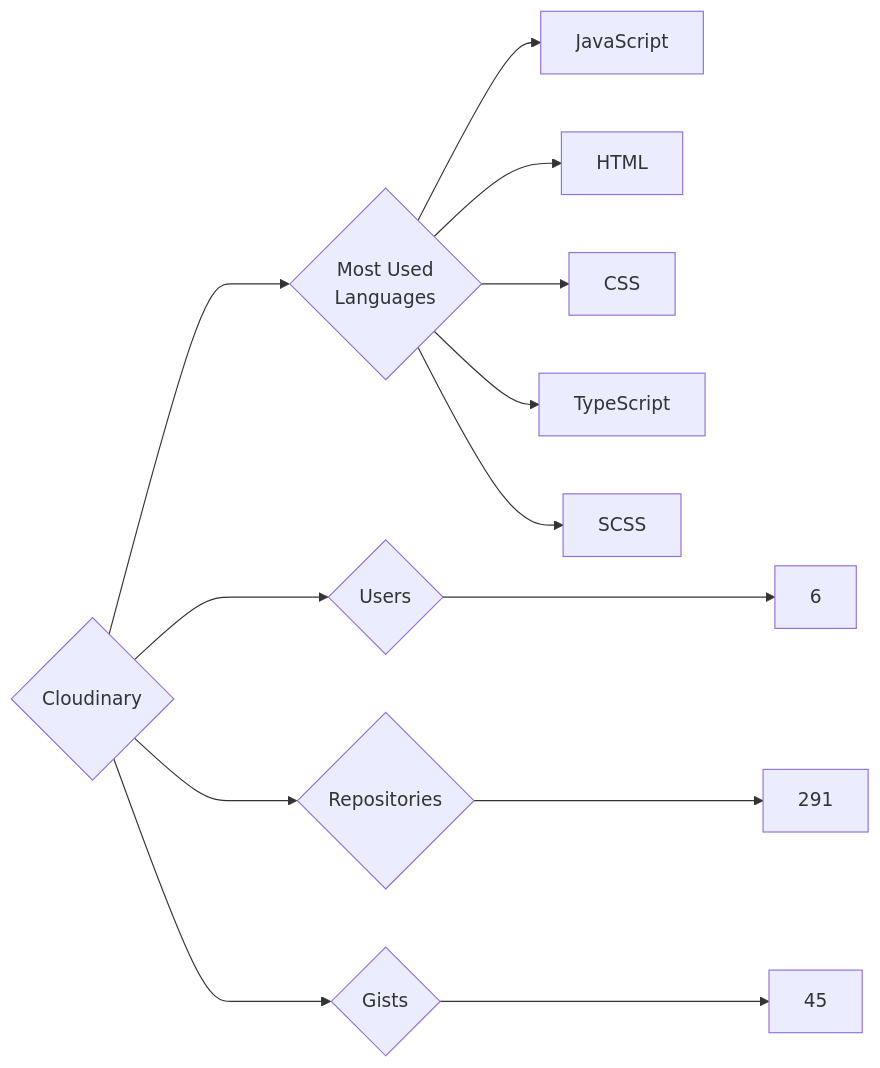
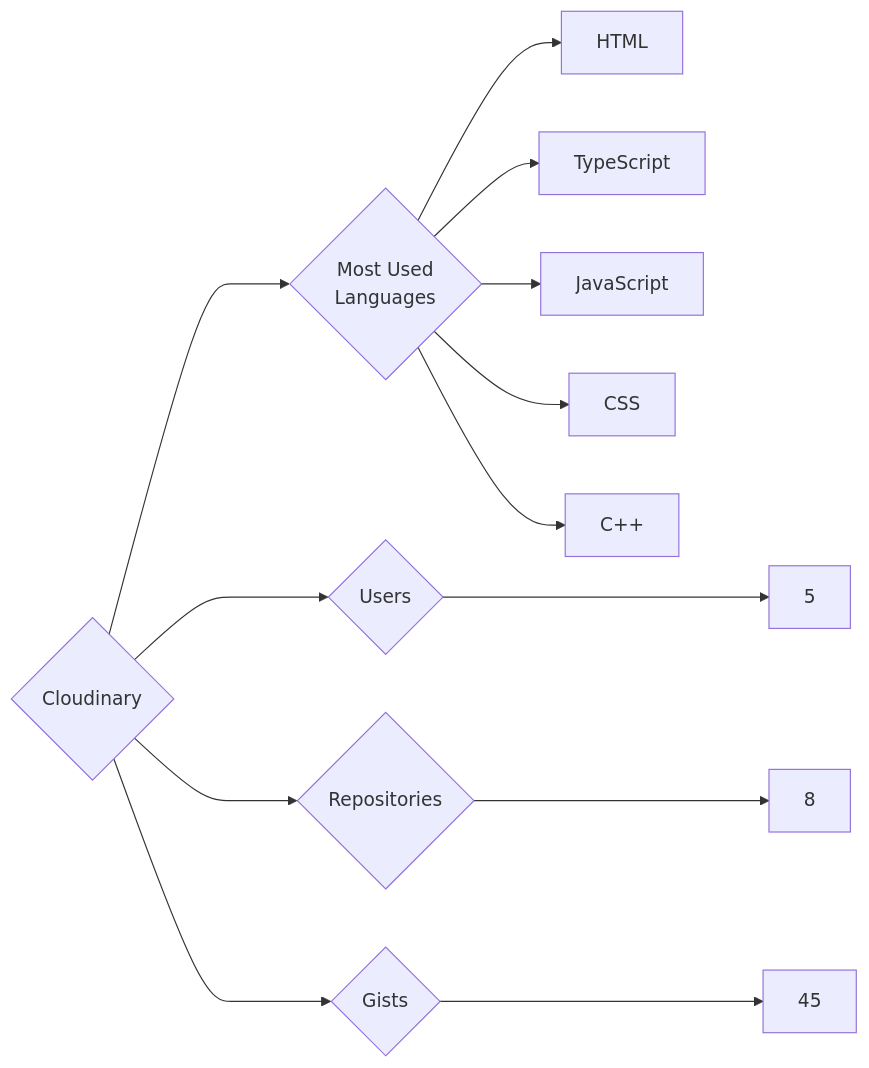
The diagram in targets/Cloudinary/README.md (trickest/insiders), drawn with Mermaid before and after one commit. The commit also changed 1055 other files, not shown here.

````diff
--- a/targets/Cloudinary/README.md
+++ b/targets/Cloudinary/README.md
@@ -3,13 +3,13 @@
 ```mermaid
 graph LR
 COMPANY_NAME{Cloudinary}
-COMPANY_NAME ---> U{Users} ---> UN[6]
-COMPANY_NAME ---> R{Repositories} ---> RN[291]
+COMPANY_NAME ---> U{Users} ---> UN[5]
+COMPANY_NAME ---> R{Repositories} ---> RN[8]
 COMPANY_NAME ---> G{Gists} ---> GN[45]
 COMPANY_NAME ---> ML{Most Used<br>Languages}
+ML --> HTML[HTML]
+ML --> TypeScript[TypeScript]
 ML --> JavaScript[JavaScript]
-ML --> HTML[HTML]
 ML --> CSS[CSS]
-ML --> TypeScript[TypeScript]
-ML --> SCSS[SCSS]
+ML --> C++[C++]
 ```
````
